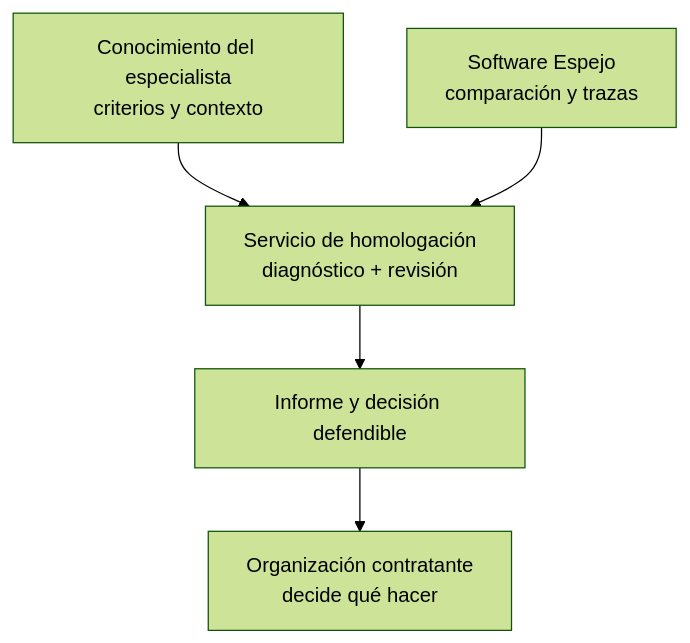
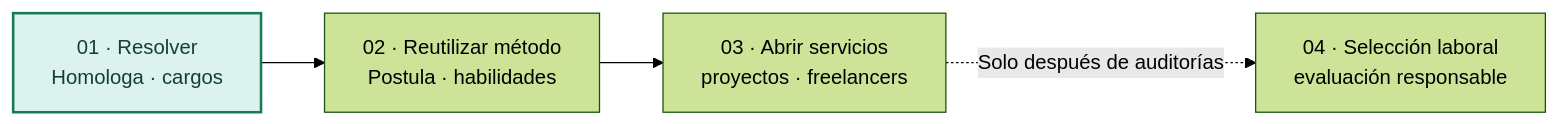
One commit to NicoCG32/Espejo-Homologa changed the diagram in docs/general/03-propuesta-de-valor.md. Above: the diagram before and after it, drawn with Mermaid (forest theme). The commit also changed other lines of this file, not shown here.

````diff
--- a/docs/general/03-propuesta-de-valor.md
+++ b/docs/general/03-propuesta-de-valor.md
@@ -28,7 +31,8 @@
 ```mermaid
-flowchart TB
-    E["Conocimiento del especialista<br/>criterios y contexto"] --> S["Servicio de homologación<br/>diagnóstico + revisión"]
-    P["Software Espejo<br/>comparación y trazas"] --> S
-    S --> R["Informe y decisión defendible"]
-    R --> C["Organización contratante<br/>decide qué hacer"]
+flowchart LR
+    H["01 · Resolver<br/>Homologa · cargos"] --> P["02 · Reutilizar método<br/>Postula · habilidades"]
+    P --> S["03 · Abrir servicios<br/>proyectos · freelancers"]
+    S -. "Solo después de auditorías" .-> T["04 · Selección laboral<br/>evaluación responsable"]
+    classDef active fill:#DCF3ED,stroke:#17795D,color:#153F35,stroke-width:2px;
+    class H active;
 ```
````
